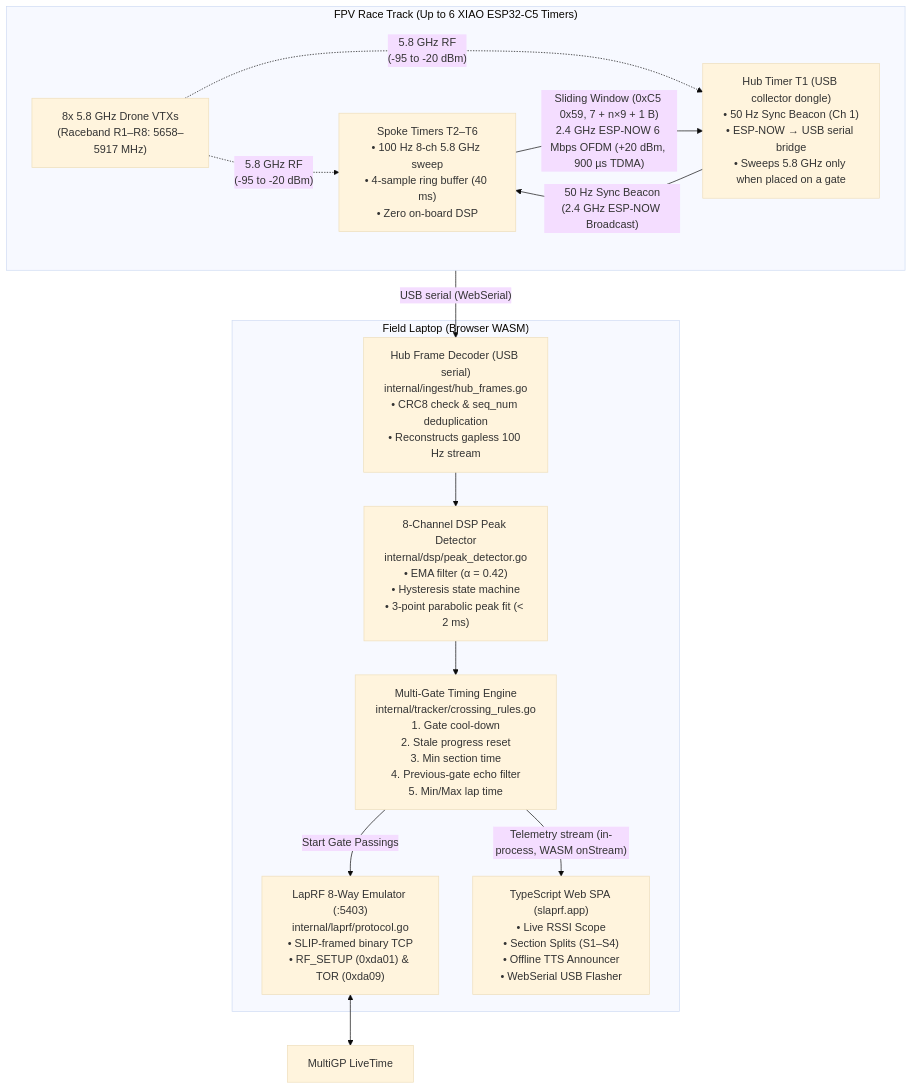
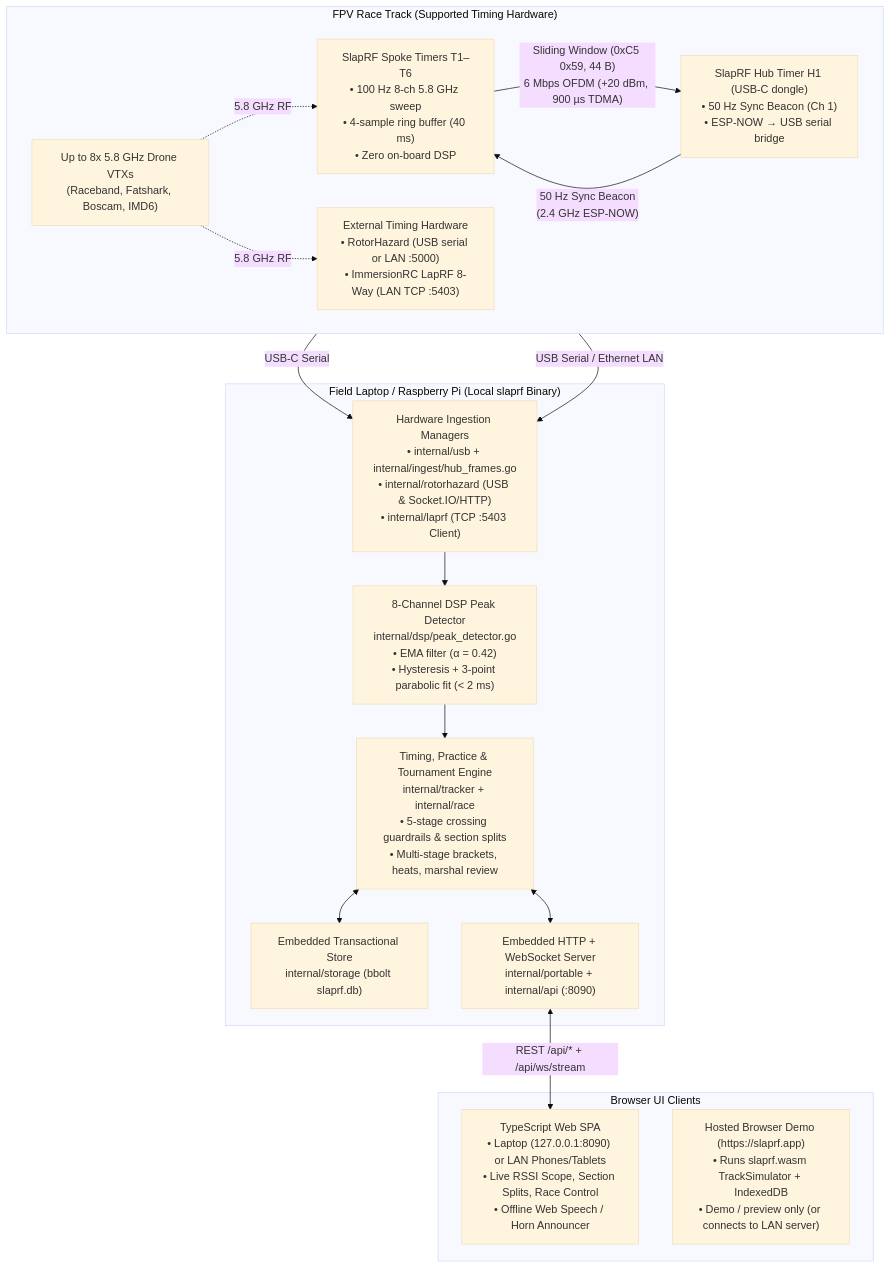
The first of 6 diagrams in docs/ARCHITECTURE.md (kaack/SlapRF), drawn with Mermaid (base theme) before and after one commit. The commit also changed other lines of this file and 12 other files, not shown here.

Commit message:
Update README & architecture docs and add showcase demo dataset

````diff
--- a/docs/ARCHITECTURE.md
+++ b/docs/ARCHITECTURE.md
@@ -40,31 +40,36 @@
 ```mermaid
 flowchart TB
-    subgraph Field["FPV Race Track (Up to 6 XIAO ESP32-C5 Timers)"]
+    subgraph Field["FPV Race Track (Supported Timing Hardware)"]
         direction LR
-        VTX["8x 5.8 GHz Drone VTXs\n(Raceband R1–R8: 5658–5917 MHz)"]
-        Spokes["Spoke Timers T2–T6\n• 100 Hz 8-ch 5.8 GHz sweep\n• 4-sample ring buffer (40 ms)\n• Zero on-board DSP"]
-        Hub["Hub Timer T1 (USB collector dongle)\n• 50 Hz Sync Beacon (Ch 1)\n• ESP-NOW → USB serial bridge\n• Sweeps 5.8 GHz only when placed on a gate"]
+        VTX["Up to 8x 5.8 GHz Drone VTXs\n(Raceband, Fatshark, Boscam, IMD6)"]
+        Spokes["SlapRF Spoke Timers T1–T6\n• 100 Hz 8-ch 5.8 GHz sweep\n• 4-sample ring buffer (40 ms)\n• Zero on-board DSP"]
+        Hub["SlapRF Hub Timer H1 (USB-C dongle)\n• 50 Hz Sync Beacon (Ch 1)\n• ESP-NOW → USB serial bridge"]
+        OtherHW["External Timing Hardware\n• RotorHazard (USB serial or LAN :5000)\n• ImmersionRC LapRF 8-Way (LAN TCP :5403)"]
 
-        VTX -. "5.8 GHz RF\n(-95 to -20 dBm)" .-> Spokes
-        VTX -. "5.8 GHz RF\n(-95 to -20 dBm)" .-> Hub
-        Hub -- "50 Hz Sync Beacon\n(2.4 GHz ESP-NOW Broadcast)" --> Spokes
-        Spokes -- "Sliding Window (0xC5 0x59, 7 + n×9 + 1 B)\n2.4 GHz ESP-NOW 6 Mbps OFDM (+20 dBm, 900 µs TDMA)" --> Hub
+        VTX -. "5.8 GHz RF" .-> Spokes
+        VTX -. "5.8 GHz RF" .-> OtherHW
+        Hub -- "50 Hz Sync Beacon\n(2.4 GHz ESP-NOW)" --> Spokes
+        Spokes -- "Sliding Window (0xC5 0x59, 44 B)\n6 Mbps OFDM (+20 dBm, 900 µs TDMA)" --> Hub
     end
 
-    subgraph Laptop["Field Laptop (Browser WASM)"]
-        Ingest["Hub Frame Decoder (USB serial)\ninternal/ingest/hub_frames.go\n• CRC8 check & seq_num deduplication\n• Reconstructs gapless 100 Hz stream"]
-        DSP["8-Channel DSP Peak Detector\ninternal/dsp/peak_detector.go\n• EMA filter (α = 0.42)\n• Hysteresis state machine\n• 3-point parabolic peak fit (< 2 ms)"]
-        Rules["Multi-Gate Timing Engine\ninternal/tracker/crossing_rules.go\n1. Gate cool-down\n2. Stale progress reset\n3. Min section time\n4. Previous-gate echo filter\n5. Min/Max lap time"]
-        LapRF["LapRF 8-Way Emulator (:5403)\ninternal/laprf/protocol.go\n• SLIP-framed binary TCP\n• RF_SETUP (0xda01) & TOR (0xda09)"]
-        SPA["TypeScript Web SPA (slaprf.app)\n• Live RSSI Scope\n• Section Splits (S1–S4)\n• Offline TTS Announcer\n• WebSerial USB Flasher"]
+    subgraph Host["Field Laptop / Raspberry Pi (Local slaprf Binary)"]
+        Drivers["Hardware Ingestion Managers\n• internal/usb + internal/ingest/hub_frames.go\n• internal/rotorhazard (USB & Socket.IO/HTTP)\n• internal/laprf (TCP :5403 Client)"]
+        DSP["8-Channel DSP Peak Detector\ninternal/dsp/peak_detector.go\n• EMA filter (α = 0.42)\n• Hysteresis + 3-point parabolic fit (< 2 ms)"]
+        Engine["Timing, Practice & Tournament Engine\ninternal/tracker + internal/race\n• 5-stage crossing guardrails & section splits\n• Multi-stage brackets, heats, marshal review"]
+        DB["Embedded Transactional Store\ninternal/storage (bbolt slaprf.db)"]
+        HTTP["Embedded HTTP + WebSocket Server\ninternal/portable + internal/api (:8090)"]
 
-        Hub -- "USB serial (WebSerial)" --> Ingest
-        Ingest --> DSP
-        DSP --> Rules
-        Rules -- "Telemetry stream (in-process, WASM onStream)" --> SPA
-        Rules -- "Start Gate Passings" --> LapRF
+        Hub -- "USB-C Serial" --> Drivers
+        OtherHW -- "USB Serial / Ethernet LAN" --> Drivers
+        Drivers --> DSP --> Engine
+        Engine <--> DB
+        Engine <--> HTTP
     end
 
-    LiveTime["MultiGP LiveTime"]
-    LapRF <--> LiveTime
+    subgraph Clients["Browser UI Clients"]
+        SPA["TypeScript Web SPA\n• Laptop (127.0.0.1:8090) or LAN Phones/Tablets\n• Live RSSI Scope, Section Splits, Race Control\n• Offline Web Speech / Horn Announcer"]
+        Demo["Hosted Browser Demo (https://slaprf.app)\n• Runs slaprf.wasm TrackSimulator + IndexedDB\n• Demo / preview only (or connects to LAN server)"]
+    end
+
+    HTTP <-->|"REST /api/* + /api/ws/stream"| SPA
 ```
````
